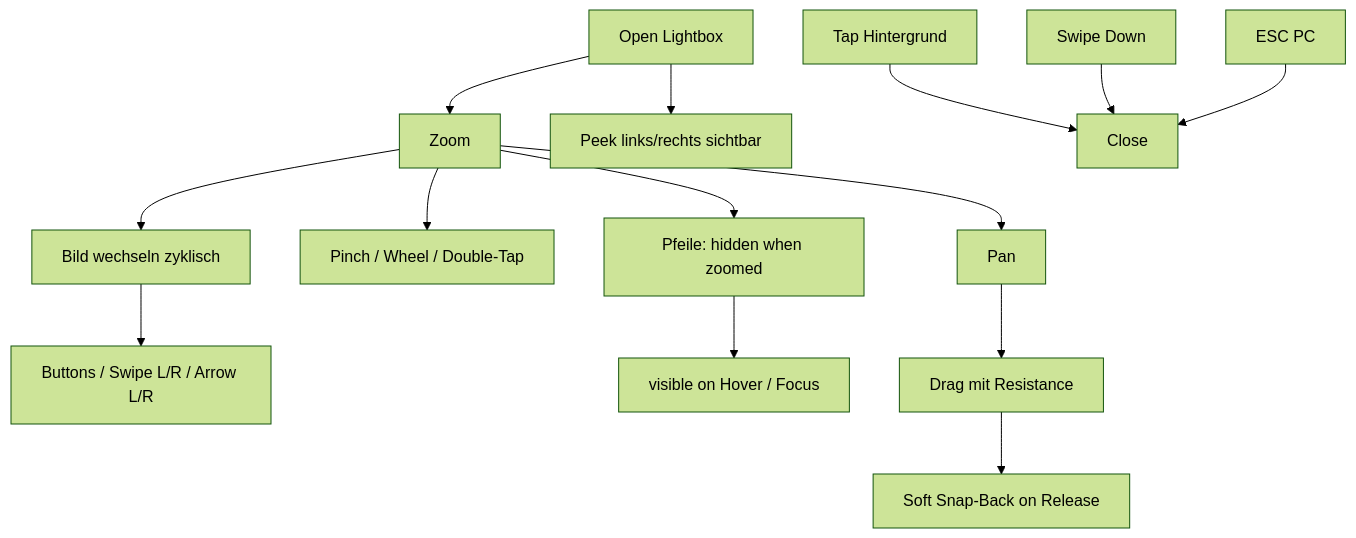
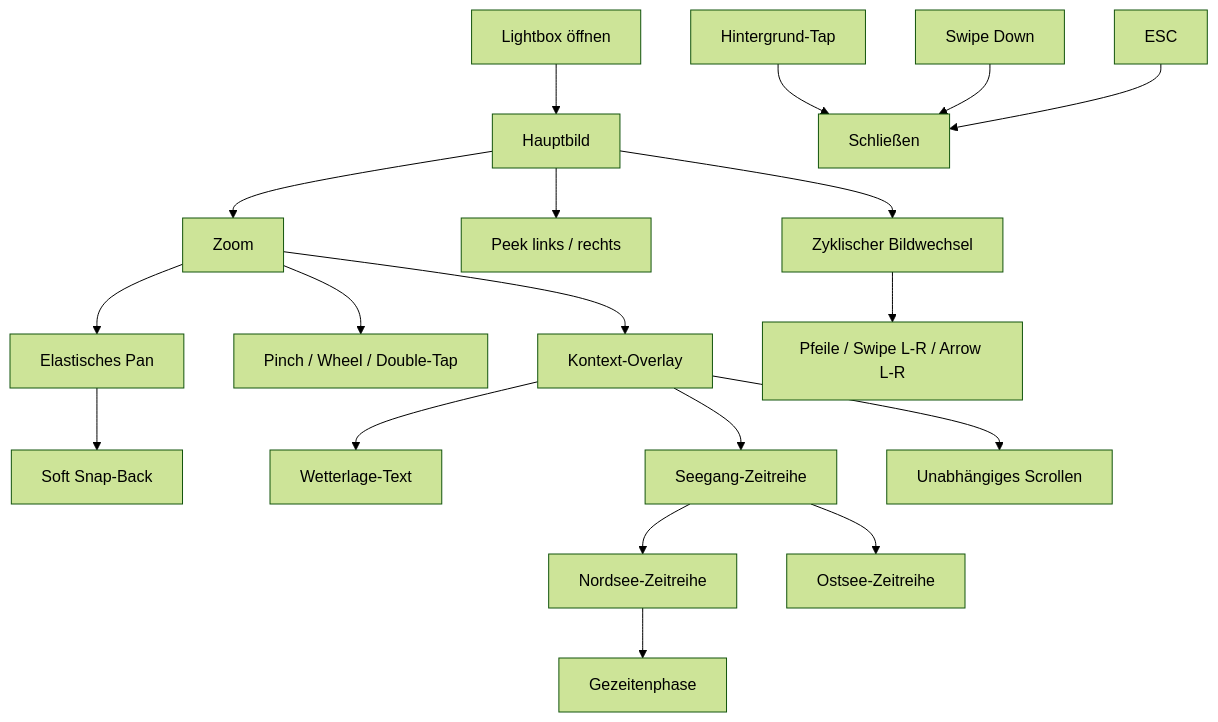
Before and after one commit to w465jt7pm9-cpu/dwd-dashboard: the diagram in docs/Lightbox-Interaktionen.md, drawn with Mermaid (forest theme). The commit also changed other lines of this file and 9 other files, not shown here.

````diff
--- a/docs/Lightbox-Interaktionen.md
+++ b/docs/Lightbox-Interaktionen.md
@@ -9,16 +67,21 @@
 ```mermaid
 flowchart TD
-  Open[Open Lightbox] --> Zoom
-  Zoom --> Pan
+  Open[Lightbox öffnen] --> Image[Hauptbild]
+  Image --> Zoom[Zoom]
+  Zoom --> Pan[Elastisches Pan]
   Zoom --> Scale[Pinch / Wheel / Double-Tap]
-  Open --> Peek[Peek links/rechts sichtbar]
-  Zoom --> SwitchImage[Bild wechseln zyklisch]
-  SwitchImage --> NextPrev[Buttons / Swipe L/R / Arrow L/R]
-  Zoom --> ArrowVisibility[Pfeile: hidden when zoomed]
-  ArrowVisibility --> ArrowHover[visible on Hover / Focus]
-  Pan --> Move[Drag mit Resistance]
-  Move --> SnapBack[Soft Snap-Back on Release]
-  TapBg[Tap Hintergrund] --> Close
+  Image --> Peek[Peek links / rechts]
+  Image --> Switch[Zyklischer Bildwechsel]
+  Switch --> Controls[Pfeile / Swipe L-R / Arrow L-R]
+  Zoom --> Overlay[Kontext-Overlay]
+  Overlay --> Weather[Wetterlage-Text]
+  Overlay --> SeaWindow[Seegang-Zeitreihe]
+  SeaWindow --> North[Nordsee-Zeitreihe]
+  SeaWindow --> Baltic[Ostsee-Zeitreihe]
+  North --> Tide[Gezeitenphase]
+  Overlay --> Scroll[Unabhängiges Scrollen]
+  Pan --> Snap[Soft Snap-Back]
+  Background[Hintergrund-Tap] --> Close[Schließen]
   SwipeDown[Swipe Down] --> Close
-  Esc[ESC PC] --> Close
+  ESC[ESC] --> Close
 ```
````
